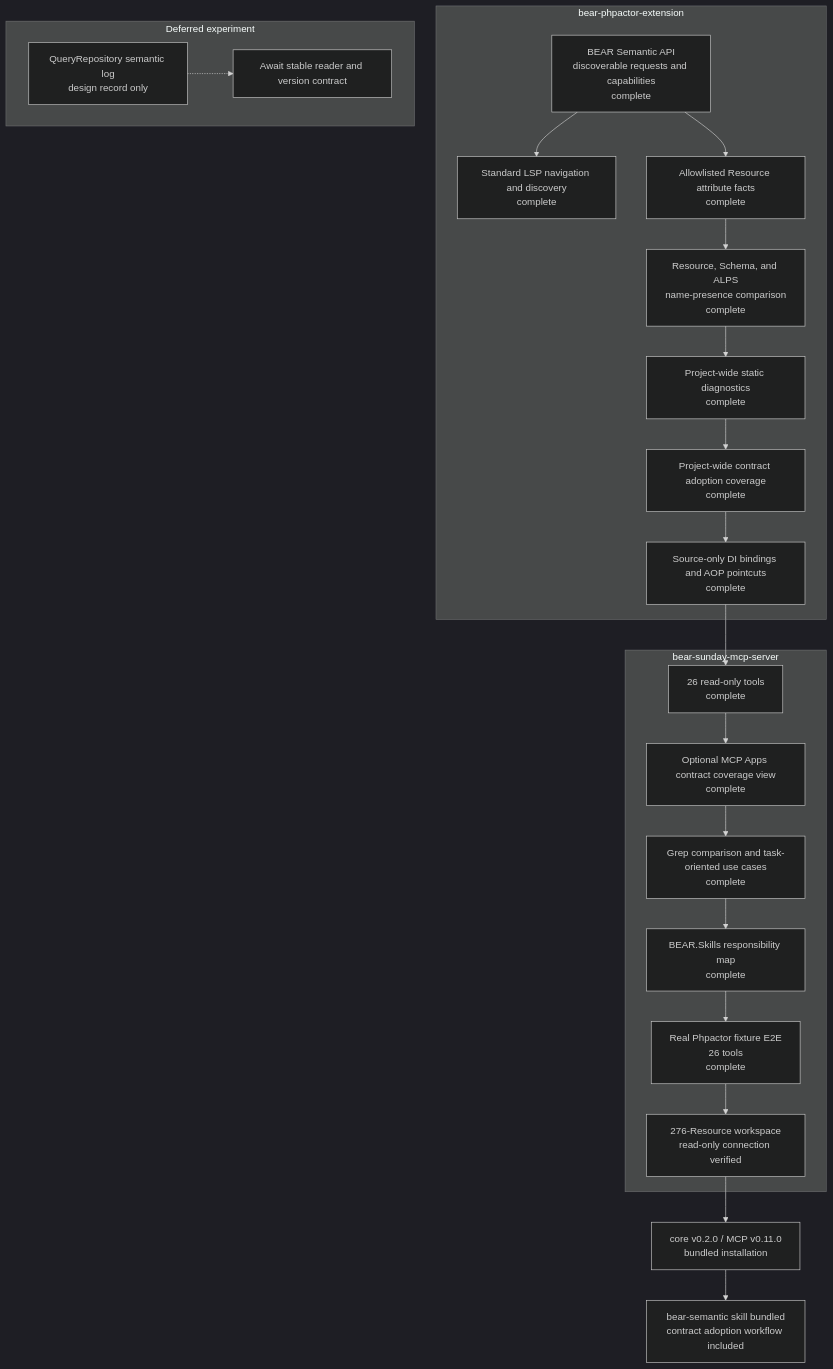
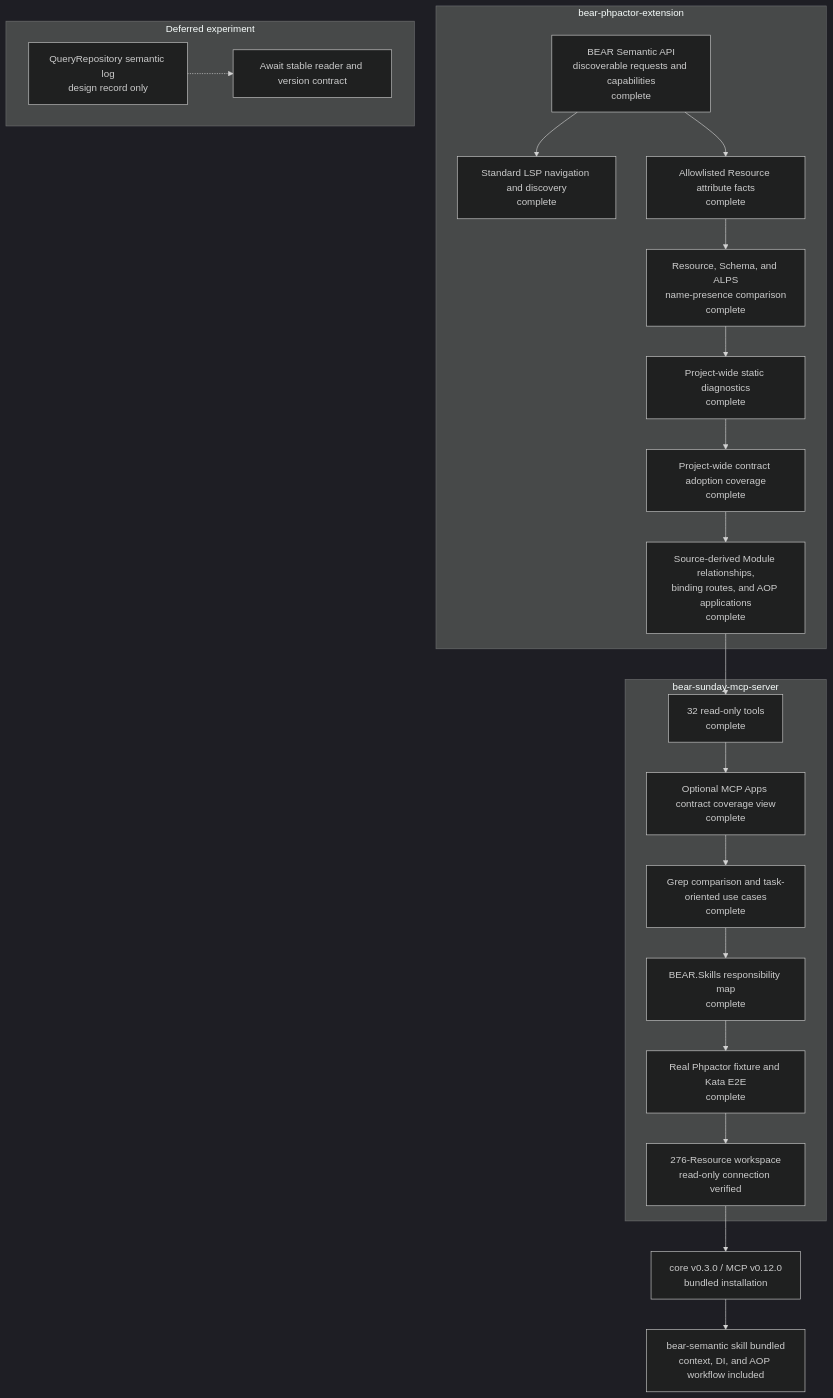
The diagram in docs/project-status.md (suzumaze/bear-sunday-mcp-server), drawn with Mermaid (dark theme) before and after one commit. The commit also changed other lines of this file and 11 other files, not shown here.

Commit message:
docs: prepare MCP context inspection release

````diff
--- a/docs/project-status.md
+++ b/docs/project-status.md
@@ -9,35 +9,35 @@
 ```mermaid
 flowchart TB
     subgraph Core["bear-phpactor-extension"]
         C1["BEAR Semantic API<br/>discoverable requests and capabilities<br/>complete"]
         C2["Standard LSP navigation and discovery<br/>complete"]
         C3["Allowlisted Resource attribute facts<br/>complete"]
         C4["Resource, Schema, and ALPS<br/>name-presence comparison<br/>complete"]
         C5["Project-wide static diagnostics<br/>complete"]
         C6["Project-wide contract adoption coverage<br/>complete"]
-        C7["Source-only DI bindings and AOP pointcuts<br/>complete"]
+        C7["Source-derived Module relationships,<br/>binding routes, and AOP applications<br/>complete"]
         C1 --> C2
         C1 --> C3 --> C4 --> C5 --> C6 --> C7
     end
 
     subgraph MCP["bear-sunday-mcp-server"]
-        M1["26 read-only tools<br/>complete"]
+        M1["32 read-only tools<br/>complete"]
         M0["Optional MCP Apps contract coverage view<br/>complete"]
         M2["Grep comparison and task-oriented use cases<br/>complete"]
         M3["BEAR.Skills responsibility map<br/>complete"]
-        M4["Real Phpactor fixture E2E<br/>26 tools<br/>complete"]
+        M4["Real Phpactor fixture and Kata E2E<br/>complete"]
         M5["276-Resource workspace<br/>read-only connection verified"]
         M1 --> M0 --> M2 --> M3 --> M4 --> M5
     end
 
     C7 --> M1
 
     subgraph Deferred["Deferred experiment"]
         D1["QueryRepository semantic log<br/>design record only"]
         D2["Await stable reader and version contract"]
         D1 -.-> D2
     end
 
-    M5 --> R1["core v0.2.0 / MCP v0.11.0<br/>bundled installation"]
-    R1 --> S1["bear-semantic skill bundled<br/>contract adoption workflow included"]
+    M5 --> R1["core v0.3.0 / MCP v0.12.0<br/>bundled installation"]
+    R1 --> S1["bear-semantic skill bundled<br/>context, DI, and AOP workflow included"]
 ```
````
